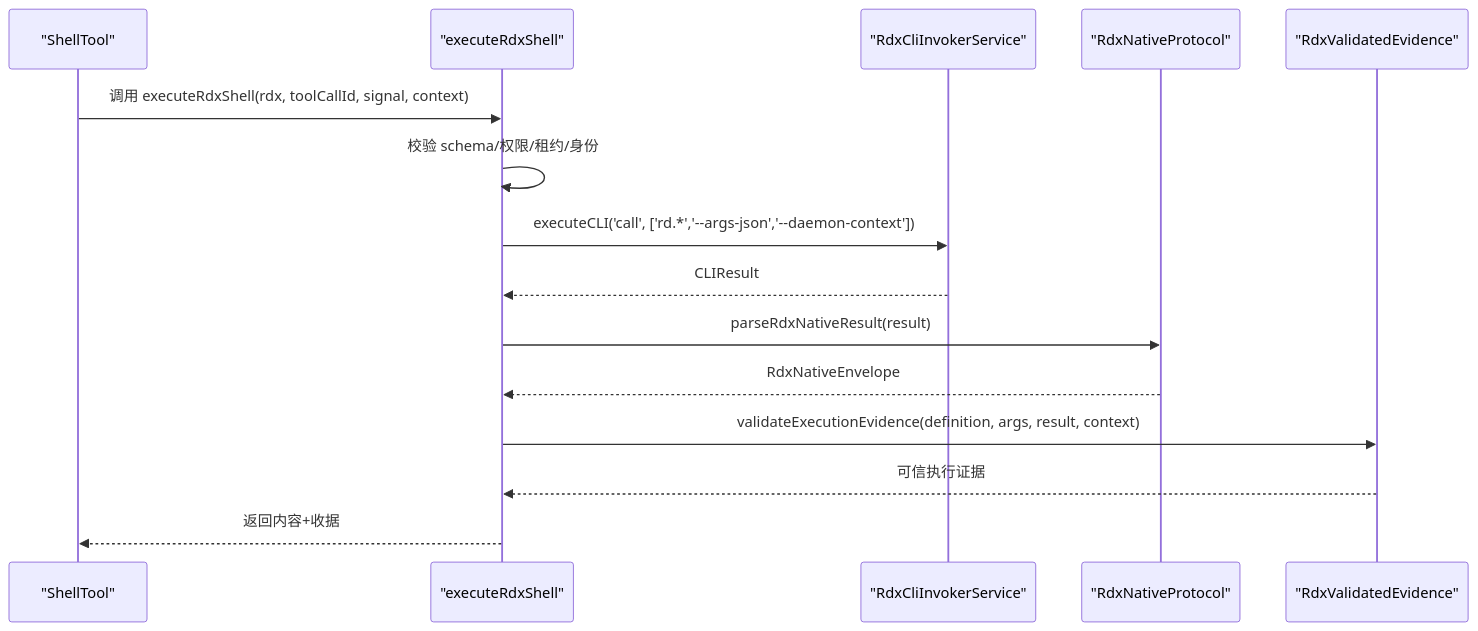
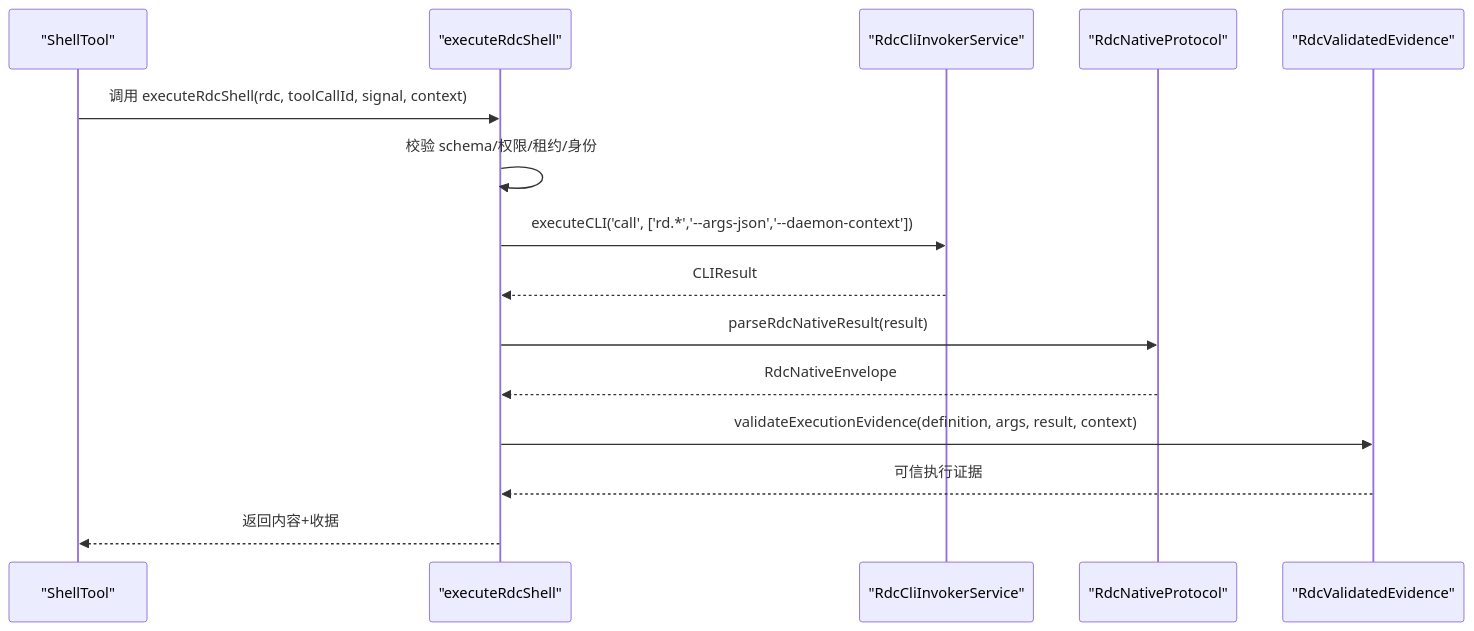
Diagram 16 of 17 in .qoder/repowiki/zh/content/核心模块/工具系统/工具系统.md (haolange/RDC-Agent), drawn with Mermaid before and after one commit. The commit also changed other lines of this file and 557 other files, not shown here.

First line of the commit message:
Unify RDC-Agent identity and canonical RDC-Tool integration

````diff
--- a/.qoder/repowiki/zh/content/核心模块/工具系统/工具系统.md
+++ b/.qoder/repowiki/zh/content/核心模块/工具系统/工具系统.md
@@ -679,17 +679,17 @@
 ```mermaid
 sequenceDiagram
 participant ST as "ShellTool"
-participant ER as "executeRdxShell"
-participant RI as "RdxCliInvokerService"
-participant RP as "RdxNativeProtocol"
-participant EV as "RdxValidatedEvidence"
-ST->>ER : 调用 executeRdxShell(rdx, toolCallId, signal, context)
+participant ER as "executeRdcShell"
+participant RI as "RdcCliInvokerService"
+participant RP as "RdcNativeProtocol"
+participant EV as "RdcValidatedEvidence"
+ST->>ER : 调用 executeRdcShell(rdc, toolCallId, signal, context)
 ER->>ER : 校验 schema/权限/租约/身份
 ER->>RI : executeCLI('call', ['rd.*','--args-json','--daemon-context'])
 RI-->>ER : CLIResult
-ER->>RP : parseRdxNativeResult(result)
-RP-->>ER : RdxNativeEnvelope
+ER->>RP : parseRdcNativeResult(result)
+RP-->>ER : RdcNativeEnvelope
 ER->>EV : validateExecutionEvidence(definition, args, result, context)
 EV-->>ER : 可信执行证据
 ER-->>ST : 返回内容+收据
 ```
````
